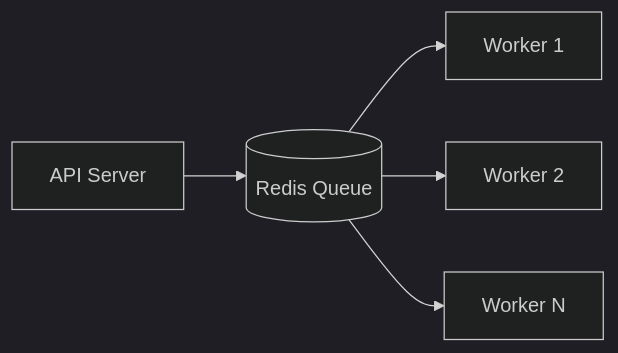
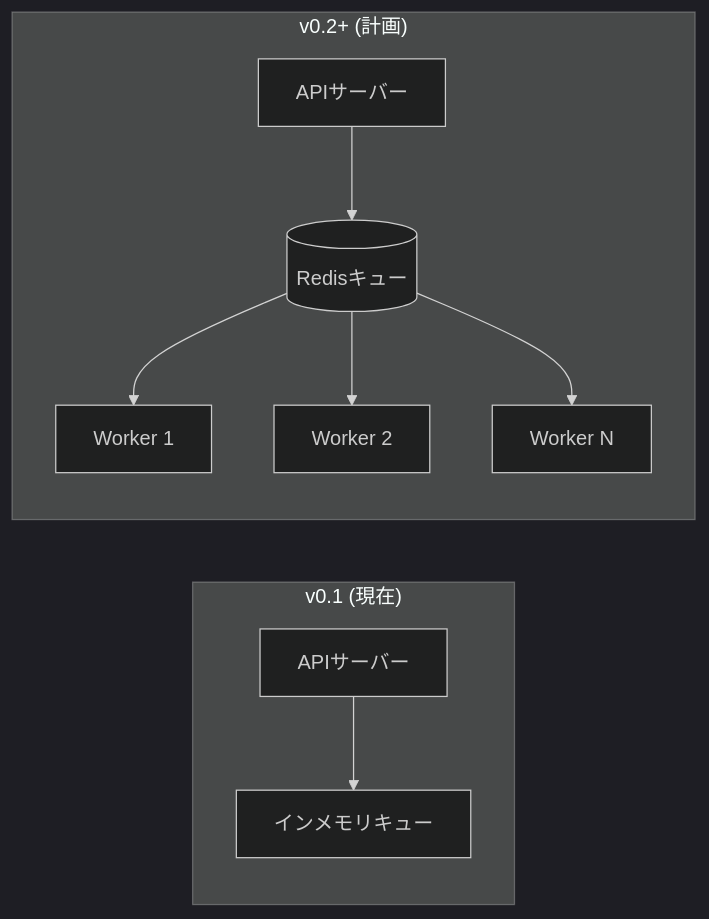
Diagram 12 of 15 in docs/architecture.md (hampen2929/zloth), drawn with Mermaid (dark theme) before and after one commit. The commit also changed other lines of this file, not shown here.

Commit message:
docs: Comprehensive architecture documentation update (#275)

````diff
--- a/docs/architecture.md
+++ b/docs/architecture.md
@@ -251,7 +553,13 @@
 ```mermaid
 flowchart LR
-    API[API Server] --> Redis[(Redis Queue)]
-    Redis --> W1[Worker 1]
-    Redis --> W2[Worker 2]
-    Redis --> W3[Worker N]
+    subgraph v0.1["v0.1 (現在)"]
+        API1[APIサーバー] --> IMQ[インメモリキュー]
+    end
+
+    subgraph v0.2["v0.2+ (計画)"]
+        API2[APIサーバー] --> Redis[(Redisキュー)]
+        Redis --> W1[Worker 1]
+        Redis --> W2[Worker 2]
+        Redis --> WN[Worker N]
+    end
 ```
````
